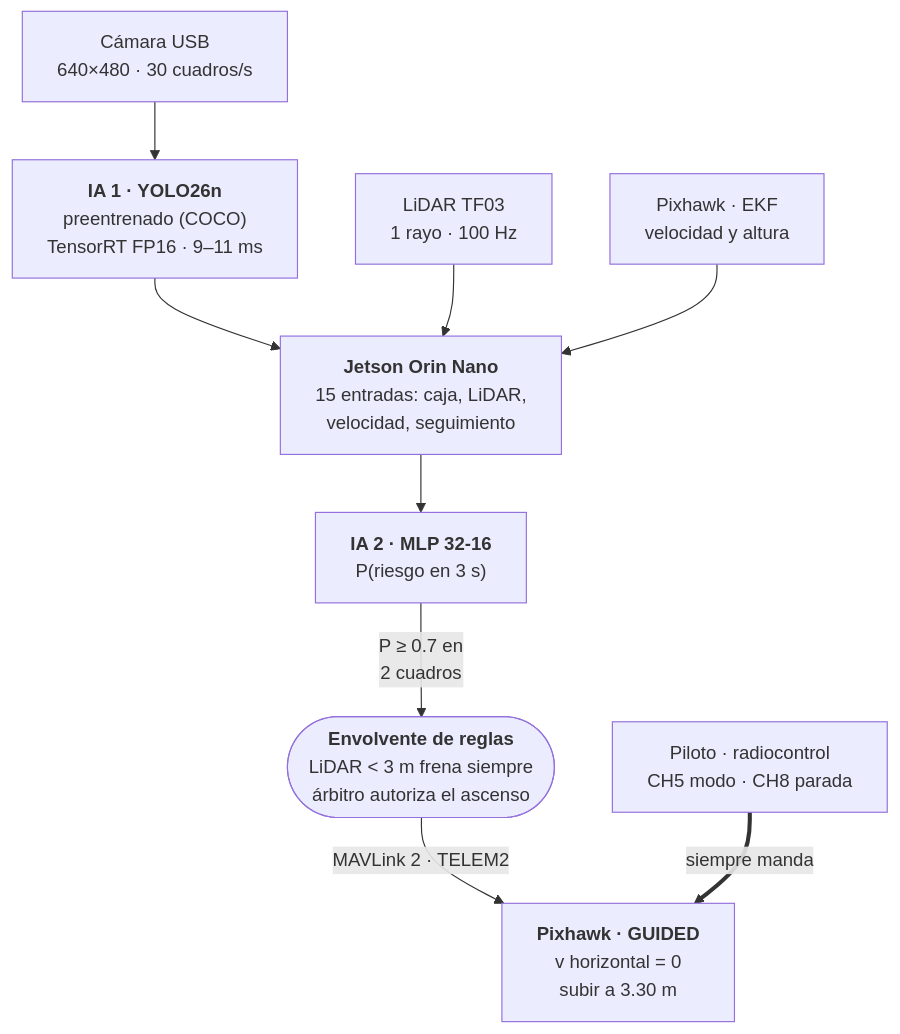
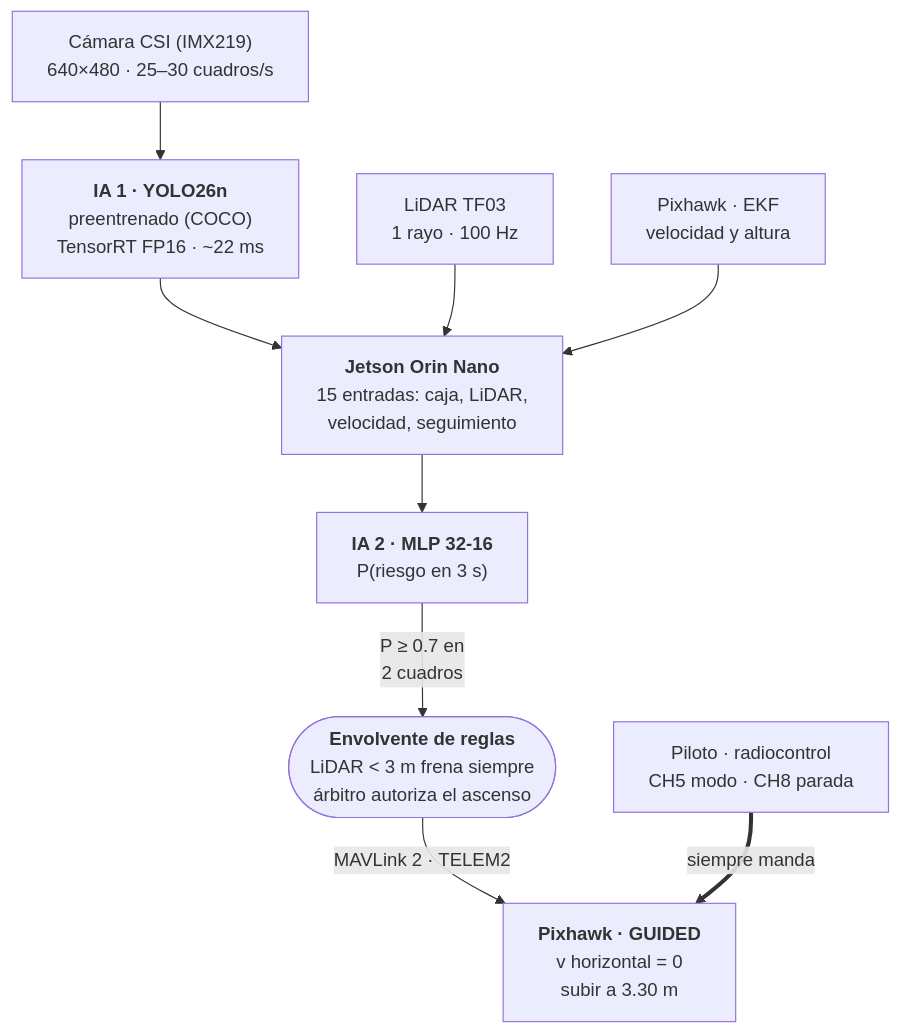
The diagram in 08_EVIDENCIA_Y_DIAGRAMAS/diagramas/01_arquitectura.mmd (brahianorrego/Talos-AI), drawn with Mermaid before and after one commit. The commit also changed 177 other files, not shown here.

```diff
--- a/08_EVIDENCIA_Y_DIAGRAMAS/diagramas/01_arquitectura.mmd
+++ b/08_EVIDENCIA_Y_DIAGRAMAS/diagramas/01_arquitectura.mmd
@@ -1,11 +1,11 @@
 flowchart TB
-    CAM["Cámara USB<br/>640×480 · 30 cuadros/s"] --> YOLO["<b>IA 1 · YOLO26n</b><br/>preentrenado (COCO)<br/>TensorRT FP16 · 9–11 ms"]
+    CAM["Cámara CSI (IMX219)<br/>640×480 · 25–30 cuadros/s"] --> YOLO["<b>IA 1 · YOLO26n</b><br/>preentrenado (COCO)<br/>TensorRT FP16 · ~22 ms"]
     LID["LiDAR TF03<br/>1 rayo · 100 Hz"]
     EKF["Pixhawk · EKF<br/>velocidad y altura"]
     YOLO --> ENT
     LID --> ENT
     EKF --> ENT
     ENT["<b>Jetson Orin Nano</b><br/>15 entradas: caja, LiDAR,<br/>velocidad, seguimiento"] --> MLP["<b>IA 2 · MLP 32-16</b><br/>P(riesgo en 3 s)"]
     MLP -->|"P ≥ 0.7 en<br/>2 cuadros"| ENV(["<b>Envolvente de reglas</b><br/>LiDAR &lt; 3 m frena siempre<br/>árbitro autoriza el ascenso"])
     ENV -->|"MAVLink 2 · TELEM2"| GUI["<b>Pixhawk · GUIDED</b><br/>v horizontal = 0<br/>subir a 3.30 m"]
     RC["Piloto · radiocontrol<br/>CH5 modo · CH8 parada"] ==>|"siempre manda"| GUI
```
